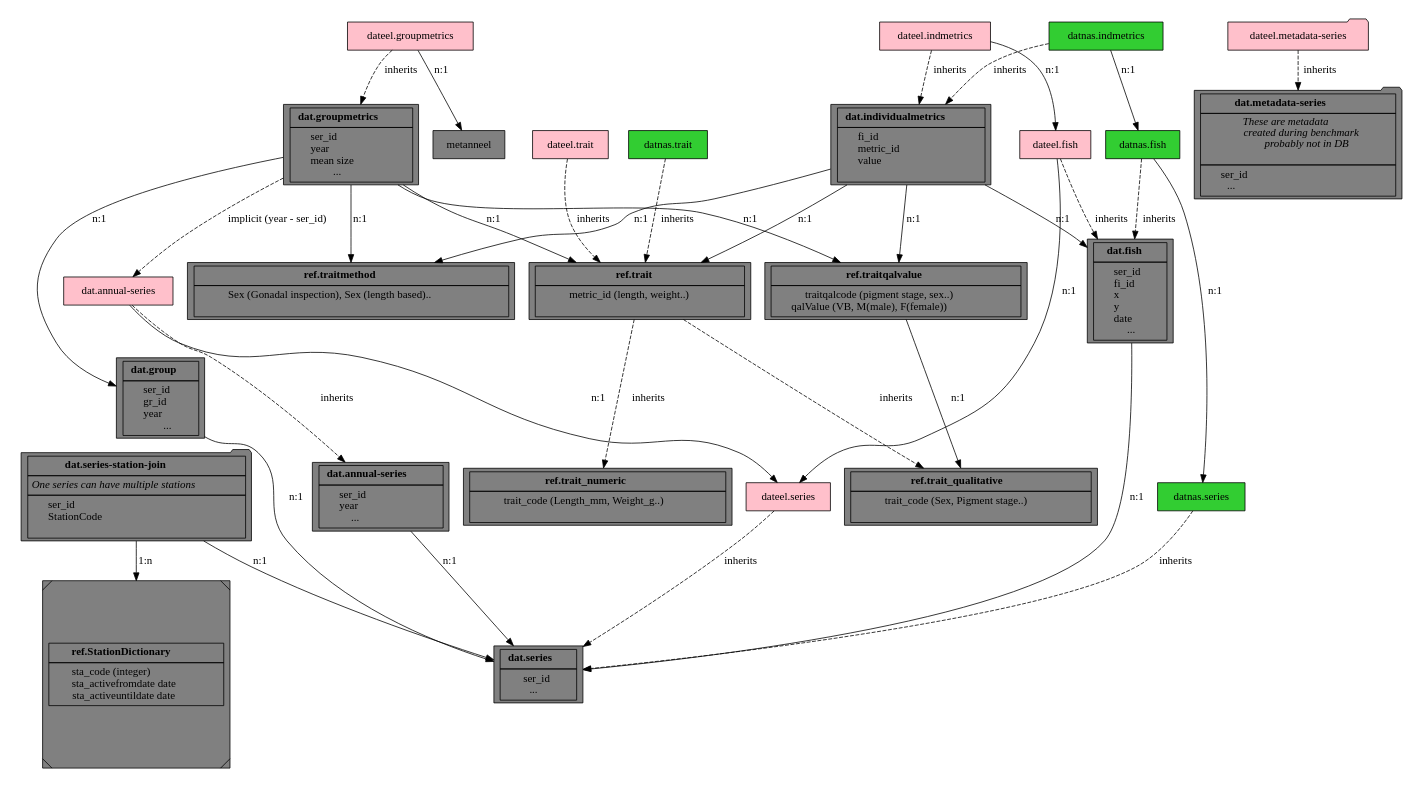
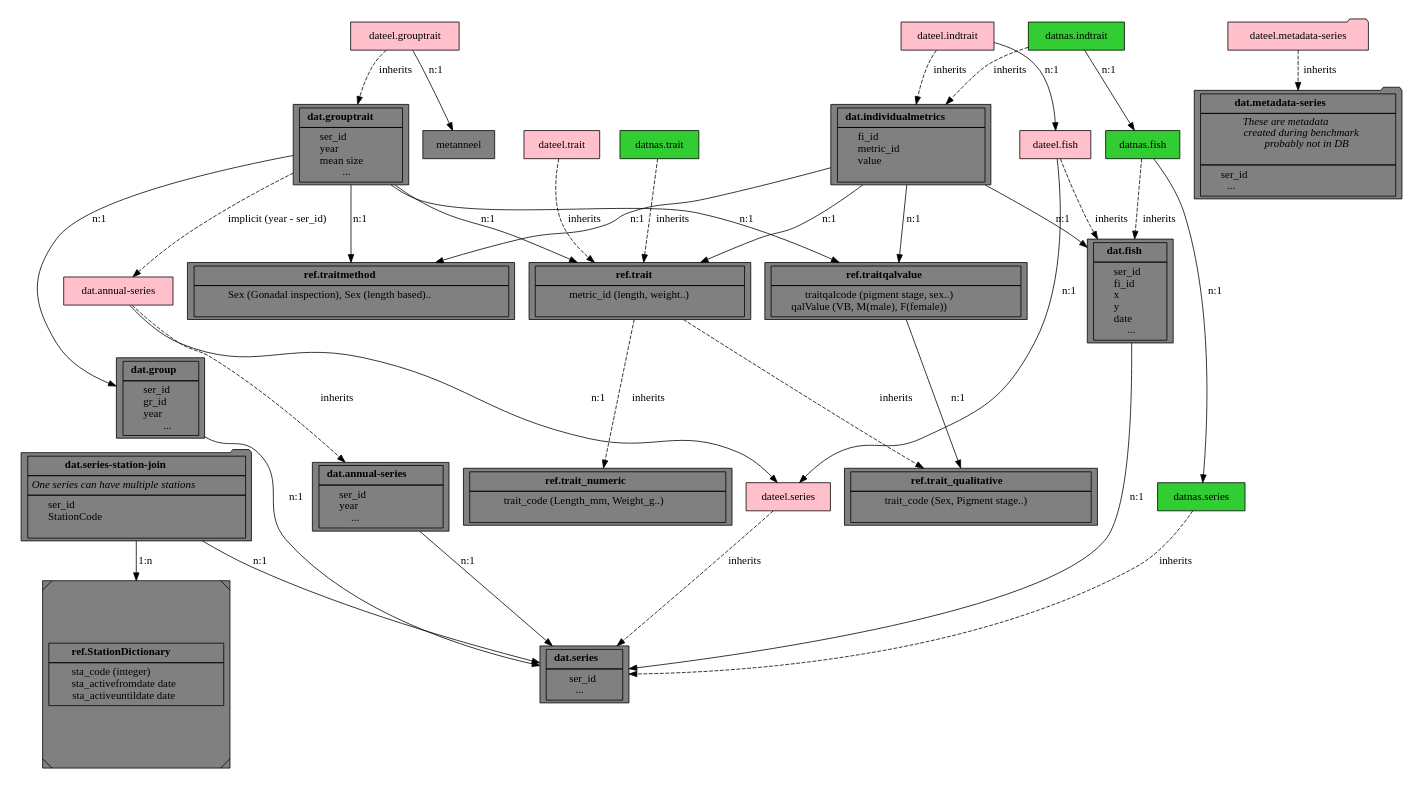
One commit to DIASPARAproject/WP3_migdb changed the diagram in R/metricdb.qmd. Above: the diagram before and after it, drawn with Graphviz. The commit also changed other lines of this file and 3 other files, not shown here.

````diff
--- a/R/metricdb.qmd
+++ b/R/metricdb.qmd
@@ -66,6 +66,6 @@
 ```{dot}
 //| label: fig-schema_diaspara
-//| fig-cap: Simplified structure of the metric database. The time series table, start with an identifier (at the bottom) which correspond to a station or a regional monitoring program. The series contains the main attributes, including geometry, species stage ... This table is empty and filled by inheritance (---> arrows).The actual data are in the schema corresponding to each working group (pink and green).
+//| fig-cap: Simplified structure of the metric database. The time series table, start with the series (at the bottom) which correspond to a series site or a regional monitoring program. The series contains the main attributes, including geometry, species stage ... This table is empty and filled by inheritance (---> arrows).The actual data are in the schema corresponding to each working group (pink and green). The series table can join several stations from the ICES vocab.
 digraph schema {
 	rankdir=TB;
 	size="8,5"
@@ -123,9 +123,9 @@
        ...   </td> </tr> 
        </table>> 
        shape = record];    
-   groupmetrics [fillcolor="gray"
+   grouptrait [fillcolor="gray"
        label=<<table border="0" cellborder="1" cellspacing="0" cellpadding="4">
-       <tr> <td> <b>dat.groupmetrics</b> </td> </tr>
+       <tr> <td> <b>dat.grouptrait</b> </td> </tr>
        <tr> <td align="left">
        ser_id  <br align="left"/>
        year   <br align="left"/>
@@ -155,7 +155,8 @@
        ... </td> </tr> 
        </table>> 
        shape = record];
-   indmetrics [fillcolor="gray"
+   indtrait
+ [fillcolor="gray"
        label=<<table border="0" cellborder="1" cellspacing="0" cellpadding="4">
        <tr> <td> <b>dat.individualmetrics</b> </td> </tr>
        <tr> <td align="left">
@@ -214,11 +215,11 @@
    anneel [fillcolor="pink"
        label="dat.annual-series"
        shape = record]; 
-   groupmetricseel [fillcolor="pink"
-       label="dateel.groupmetrics"
+   grouptraiteel [fillcolor="pink"
+       label="dateel.grouptrait"
        shape = record];  
-   indmetricseel [fillcolor="pink"
-       label="dateel.indmetrics"
+   indtraiteel [fillcolor="pink"
+       label="dateel.indtrait"
        shape = record]; 
    fisheel [fillcolor="pink"
        label="dateel.fish"
@@ -229,8 +230,8 @@
    tsnas [fillcolor="limegreen"
        label="datnas.series"
        shape = table];   
-   indmetricsnas [fillcolor="limegreen"
-       label="datnas.indmetrics"
+   indtraitnas [fillcolor="limegreen"
+       label="datnas.indtrait"
        shape = record]; 
    fishnas [fillcolor="limegreen"
        label="datnas.fish"
@@ -242,30 +243,30 @@
   station_ts_join -> ts [label = "n:1"]
   station_ts_join -> stationDictionary  [label = "1:n"]
   ann ->  ts [label = "n:1"]
-  groupmetrics -> group->  ts [label = "n:1"]
-  indmetrics -> fish -> ts [label = "n:1"]
-  indmetrics -> trait [label = "n:1"]
-  indmetrics -> traitqalvalue [label = "n:1"]
-  indmetrics -> traitmethod [label = "n:1"]
-  groupmetrics -> trait [label = "n:1"]
-  groupmetrics -> traitqalvalue [label = "n:1"]
-  groupmetrics -> traitmethod [label = "n:1"]
-  groupmetrics -> anneel [label = "implicit (year - ser_id)", style="dashed"]
+  grouptrait -> group->  ts [label = "n:1"]
+  indtrait -> fish -> ts [label = "n:1"]
+  indtrait -> trait [label = "n:1"]
+  indtrait -> traitqalvalue [label = "n:1"]
+  indtrait -> traitmethod [label = "n:1"]
+  grouptrait -> trait [label = "n:1"]
+  grouptrait -> traitqalvalue [label = "n:1"]
+  grouptrait -> traitmethod [label = "n:1"]
+  grouptrait -> anneel [label = "implicit (year - ser_id)", style="dashed"]
   trait -> traitnum [label="inherits", style="dashed"]
   trait -> traitqal [label="inherits", style="dashed"]
   traitqalvalue -> traitqal [label = "n:1"]
-  groupmetricseel -> metanneel [label = "n:1"]
+  grouptraiteel -> metanneel [label = "n:1"]
   anneel -> tseel [label = "n:1"]
 
-  indmetricseel -> fisheel -> tseel  [label = "n:1"]
+  indtraiteel -> fisheel -> tseel  [label = "n:1"]
   
 
 
-  indmetricsnas -> fishnas -> tsnas  [label = "n:1"]
+  indtraitnas -> fishnas -> tsnas  [label = "n:1"]
 
-  groupmetricseel -> groupmetrics [label="inherits", style="dashed"]
-  indmetricseel -> indmetrics [label="inherits", style="dashed"]
-  indmetricsnas -> indmetrics [label="inherits", style="dashed"]
+  grouptraiteel -> grouptrait [label="inherits", style="dashed"]
+  indtraiteel -> indtrait [label="inherits", style="dashed"]
+  indtraitnas -> indtrait [label="inherits", style="dashed"]
   fisheel -> fish [label="inherits", style="dashed"]
   fishnas -> fish [label="inherits", style="dashed"] 
   anneel -> ann [ label="inherits", style="dashed"]
````
